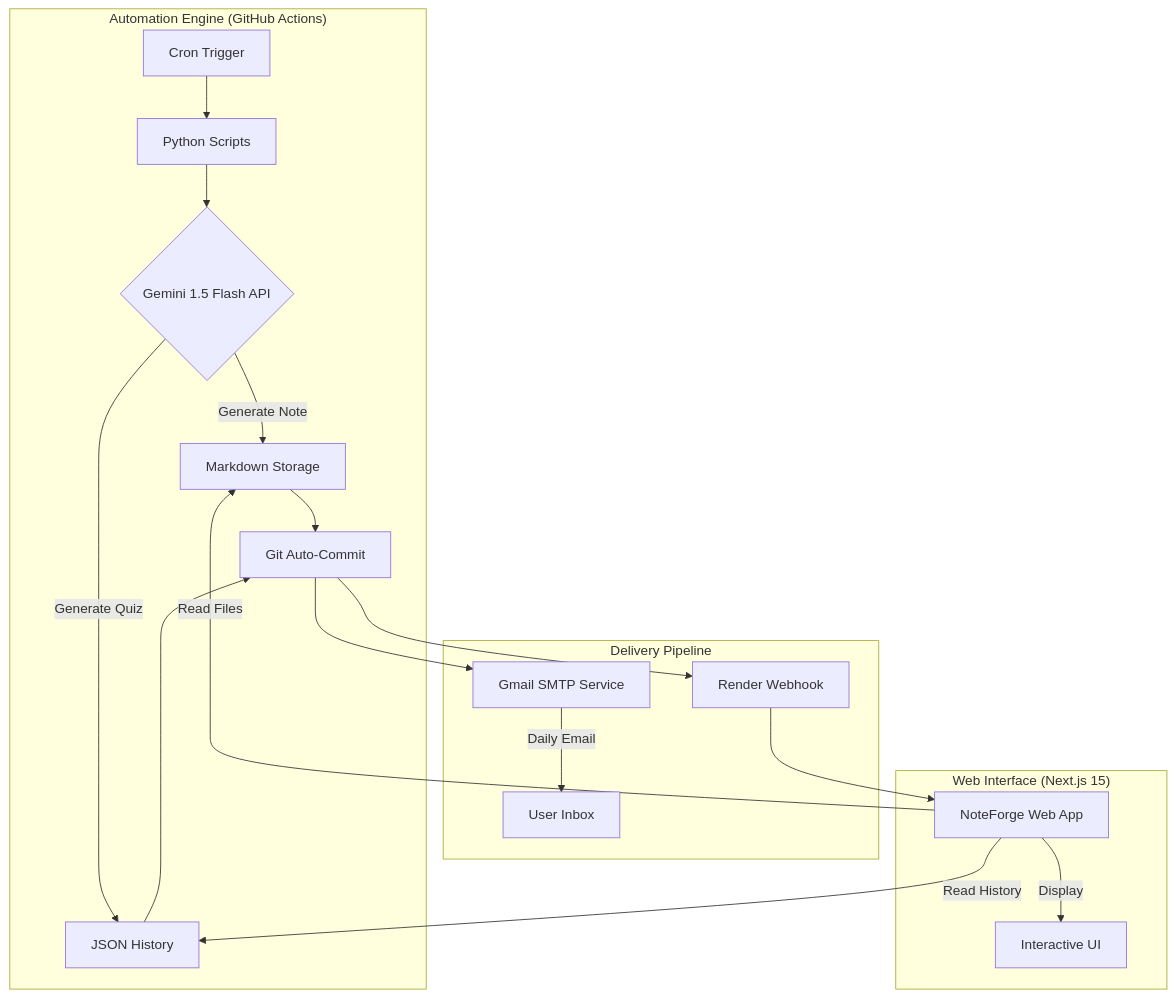
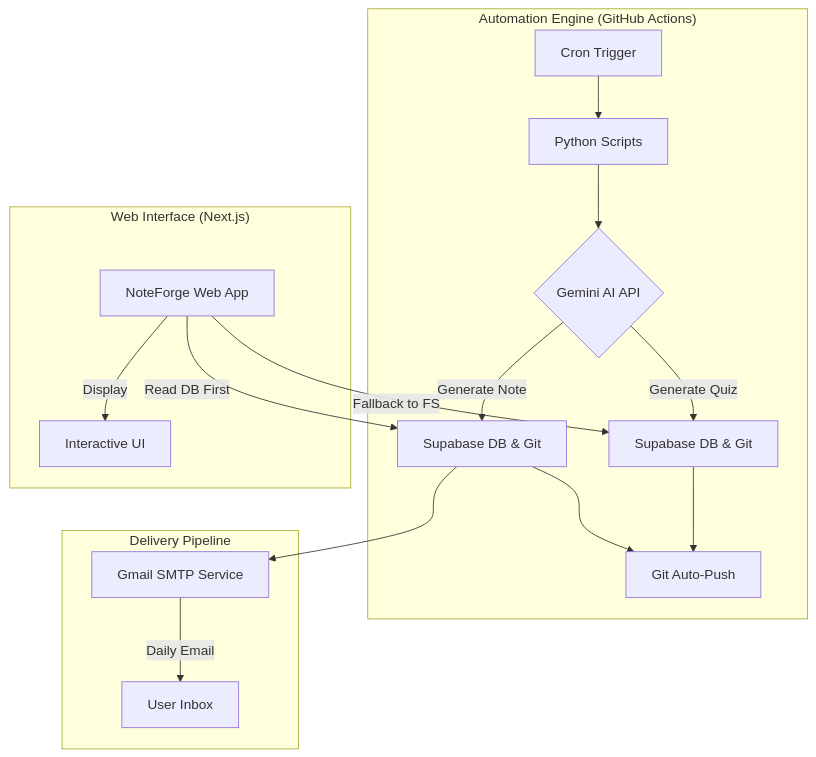
The diagram in README.md (Nagachaitanya007/MCA_notes), drawn with Mermaid before and after one commit. The commit also changed other lines of this file and 5 other files, not shown here.

Commit message:
Fix: Pass Supabase secrets to GitHub Actions workflows

````diff
--- a/README.md
+++ b/README.md
@@ -18,24 +18,23 @@
 ```mermaid
 graph TD
     subgraph "Automation Engine (GitHub Actions)"
         A[Cron Trigger] --> B[Python Scripts]
-        B --> C{Gemini 1.5 Flash API}
-        C -->|Generate Note| D[Markdown Storage]
-        C -->|Generate Quiz| E[JSON History]
-        D --> F[Git Auto-Commit]
+        B --> C{Gemini AI API}
+        C -->|Generate Note| D[Supabase DB & Git]
+        C -->|Generate Quiz| E[Supabase DB & Git]
+        D --> F[Git Auto-Push]
         E --> F
     end
 
     subgraph "Delivery Pipeline"
-        F --> G[Gmail SMTP Service]
-        F --> H[Render Webhook]
+        D --> G[Gmail SMTP Service]
         G -->|Daily Email| I[User Inbox]
     end
 
-    subgraph "Web Interface (Next.js 15)"
-        H --> J[NoteForge Web App]
-        J -->|Read Files| D
-        J -->|Read History| E
+    subgraph "Web Interface (Next.js)"
+        J[NoteForge Web App]
+        J -->|Read DB First| D
+        J -->|Fallback to FS| E
         J -->|Display| K[Interactive UI]
     end
 ```
````
